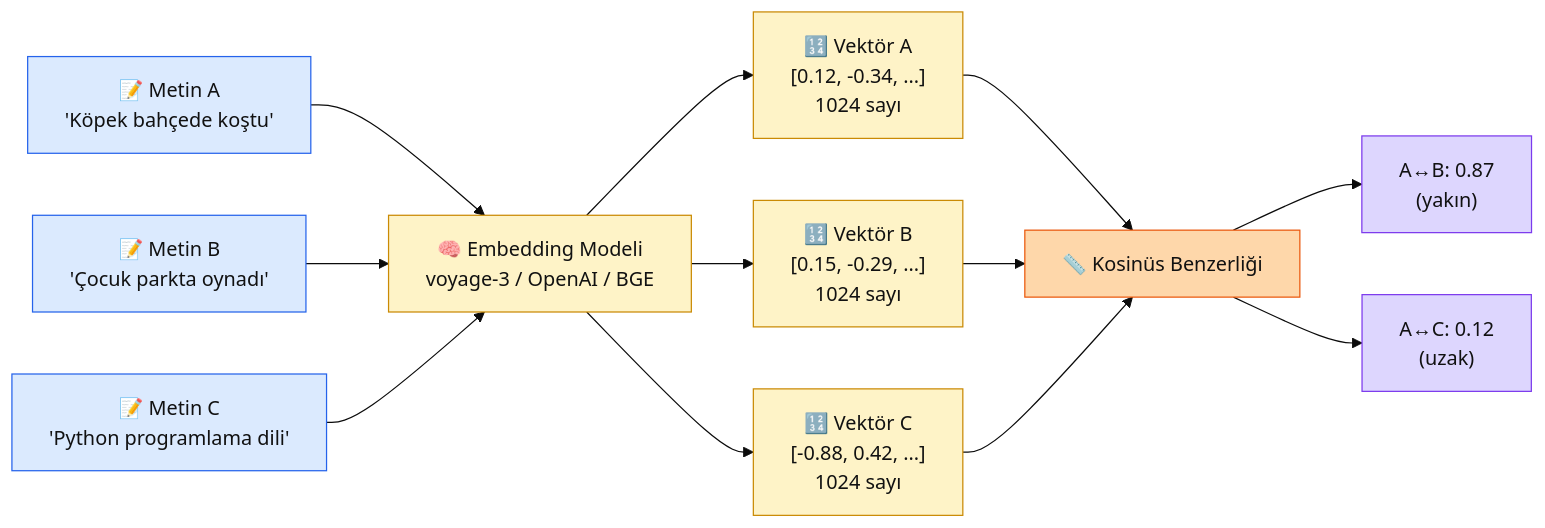
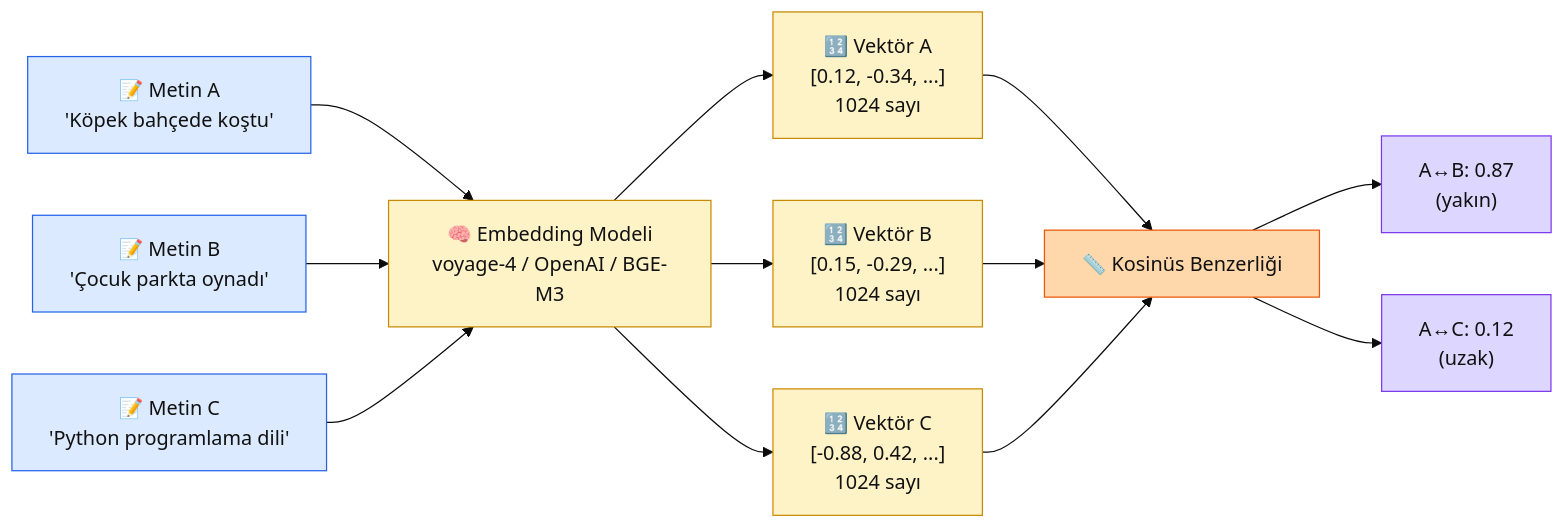
One commit to KemalG-u/muhendisal-platform changed the diagram in docs/bolum-3/01-embedding-nedir.md. Above: the diagram before and after it, drawn with Mermaid (base theme). The commit also changed other lines of this file and 5 other files, not shown here.

````diff
--- a/docs/bolum-3/01-embedding-nedir.md
+++ b/docs/bolum-3/01-embedding-nedir.md
@@ -37,39 +37,39 @@
 ```mermaid
 flowchart LR
     T1["📝 Metin A\n'Köpek bahçede koştu'"]
     T2["📝 Metin B\n'Çocuk parkta oynadı'"]
     T3["📝 Metin C\n'Python programlama dili'"]
 
-    EM["🧠 Embedding Modeli\nvoyage-3 / OpenAI / BGE"]
+    EM["🧠 Embedding Modeli\nvoyage-4 / OpenAI / BGE-M3"]
 
     V1["🔢 Vektör A\n[0.12, -0.34, ...]\n1024 sayı"]
     V2["🔢 Vektör B\n[0.15, -0.29, ...]\n1024 sayı"]
     V3["🔢 Vektör C\n[-0.88, 0.42, ...]\n1024 sayı"]
 
     SIM["📏 Kosinüs Benzerliği"]
 
     R1["A↔B: 0.87\n(yakın)"]
     R2["A↔C: 0.12\n(uzak)"]
 
     T1 --> EM --> V1
     T2 --> EM --> V2
     T3 --> EM --> V3
 
     V1 --> SIM
     V2 --> SIM
     V3 --> SIM
 
     SIM --> R1
     SIM --> R2
 
     classDef text fill:#dbeafe,stroke:#2563eb,color:#111
     classDef model fill:#fef3c7,stroke:#ca8a04,color:#111
     classDef vec fill:#fef3c7,stroke:#ca8a04,color:#111
     classDef sim fill:#fed7aa,stroke:#ea580c,color:#111
     classDef res fill:#ddd6fe,stroke:#7c3aed,color:#111
     class T1,T2,T3 text
     class EM model
     class V1,V2,V3 vec
     class SIM sim
     class R1,R2 res
 ```
````
